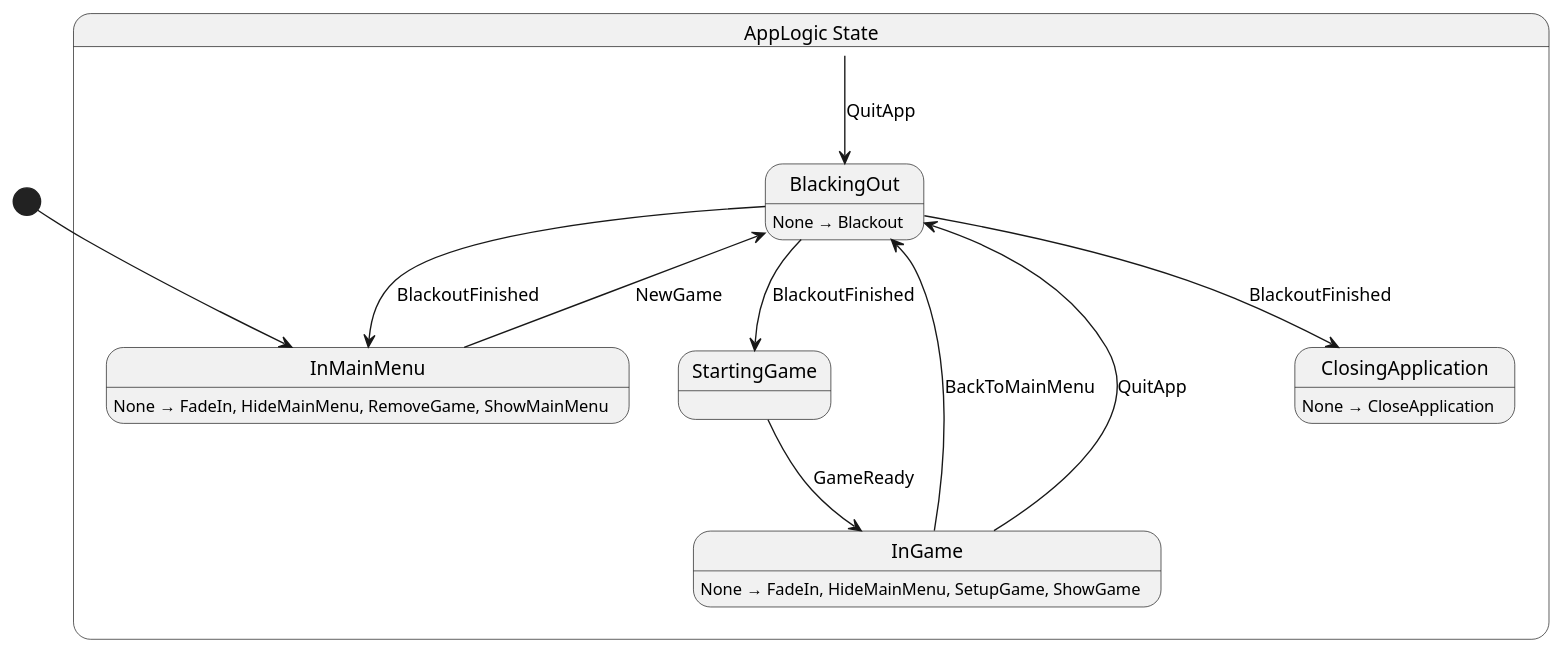
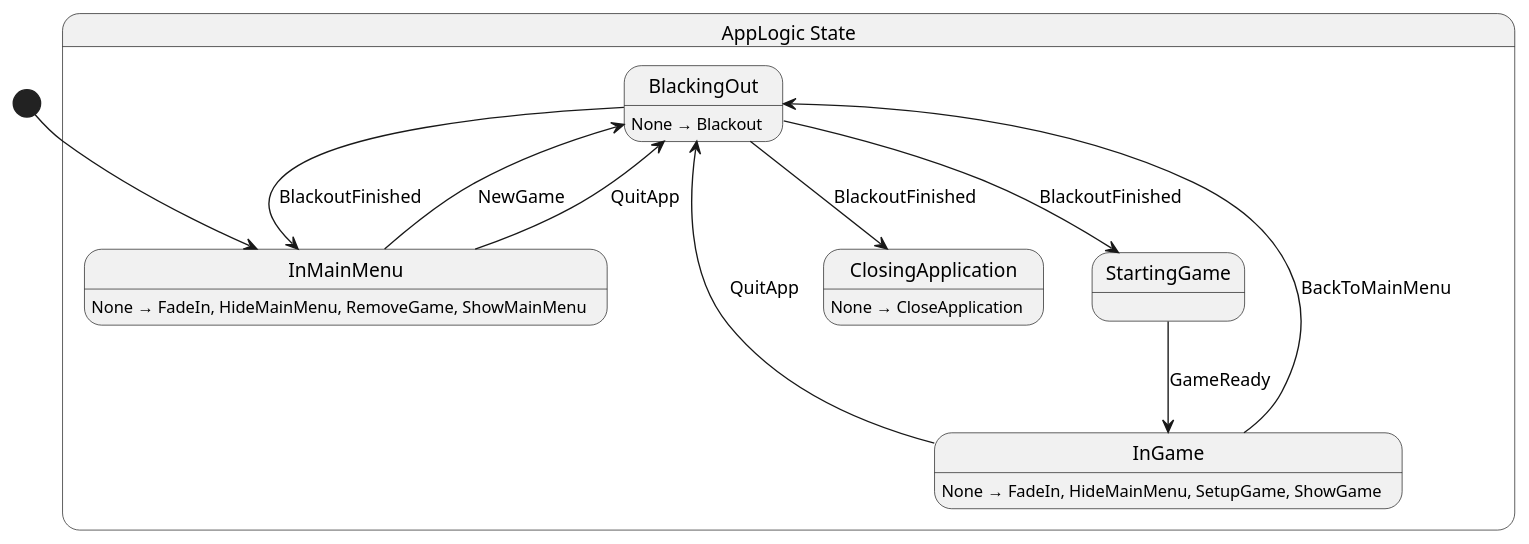
One commit to Nilsiker/Adventure changed the diagram in src/app/state/AppLogic.g.puml. Above: the diagram before and after it, drawn with PlantUML. The commit also changed 7 other files, not shown here.

```diff
--- a/src/app/state/AppLogic.g.puml
+++ b/src/app/state/AppLogic.g.puml
@@ -1,25 +1,25 @@
 @startuml AppLogic
 state "AppLogic State" as Shellguard_AppLogic_State {
   state "BlackingOut" as Shellguard_AppLogic_State_BlackingOut
   state "ClosingApplication" as Shellguard_AppLogic_State_ClosingApplication
   state "InGame" as Shellguard_AppLogic_State_InGame
   state "InMainMenu" as Shellguard_AppLogic_State_InMainMenu
   state "StartingGame" as Shellguard_AppLogic_State_StartingGame
 }
 
-Shellguard_AppLogic_State --> Shellguard_AppLogic_State_BlackingOut : QuitApp
 Shellguard_AppLogic_State_BlackingOut --> Shellguard_AppLogic_State_ClosingApplication : BlackoutFinished
 Shellguard_AppLogic_State_BlackingOut --> Shellguard_AppLogic_State_InMainMenu : BlackoutFinished
 Shellguard_AppLogic_State_BlackingOut --> Shellguard_AppLogic_State_StartingGame : BlackoutFinished
 Shellguard_AppLogic_State_InGame --> Shellguard_AppLogic_State_BlackingOut : BackToMainMenu
 Shellguard_AppLogic_State_InGame --> Shellguard_AppLogic_State_BlackingOut : QuitApp
 Shellguard_AppLogic_State_InMainMenu --> Shellguard_AppLogic_State_BlackingOut : NewGame
+Shellguard_AppLogic_State_InMainMenu --> Shellguard_AppLogic_State_BlackingOut : QuitApp
 Shellguard_AppLogic_State_StartingGame --> Shellguard_AppLogic_State_InGame : GameReady
 
 Shellguard_AppLogic_State_BlackingOut : None → Blackout
 Shellguard_AppLogic_State_ClosingApplication : None → CloseApplication
 Shellguard_AppLogic_State_InGame : None → FadeIn, HideMainMenu, SetupGame, ShowGame
 Shellguard_AppLogic_State_InMainMenu : None → FadeIn, HideMainMenu, RemoveGame, ShowMainMenu
 
 [*] --> Shellguard_AppLogic_State_InMainMenu
 @enduml
```
